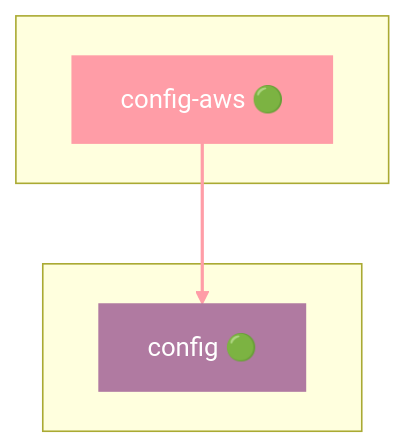
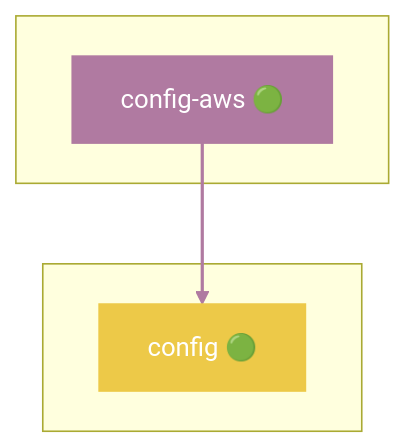
One commit to grest-ts/grest-ts changed the eighth of 49 diagrams in docs/DEPENDENCIES.md. Above: the diagram before and after it, drawn with Mermaid. The commit also changed other lines of this file and 8 other files, not shown here.

````diff
--- a/docs/DEPENDENCIES.md
+++ b/docs/DEPENDENCIES.md
@@ -771,13 +737,13 @@
 ```mermaid
 flowchart TB
     subgraph Package[" "]
         config-aws["config-aws 🟢"]
     end
     subgraph Dependencies[" "]
         config["config 🟢"]
     end
     config-aws --> config
-    style config-aws fill:#FF9DA7,stroke:#FF9DA7,color:#fff
-    style config fill:#B07AA1,stroke:#B07AA1,color:#fff
-    linkStyle 0 stroke:#FF9DA7,stroke-width:2px
+    style config-aws fill:#B07AA1,stroke:#B07AA1,color:#fff
+    style config fill:#EDC948,stroke:#EDC948,color:#fff
+    linkStyle 0 stroke:#B07AA1,stroke-width:2px
 ```
````
